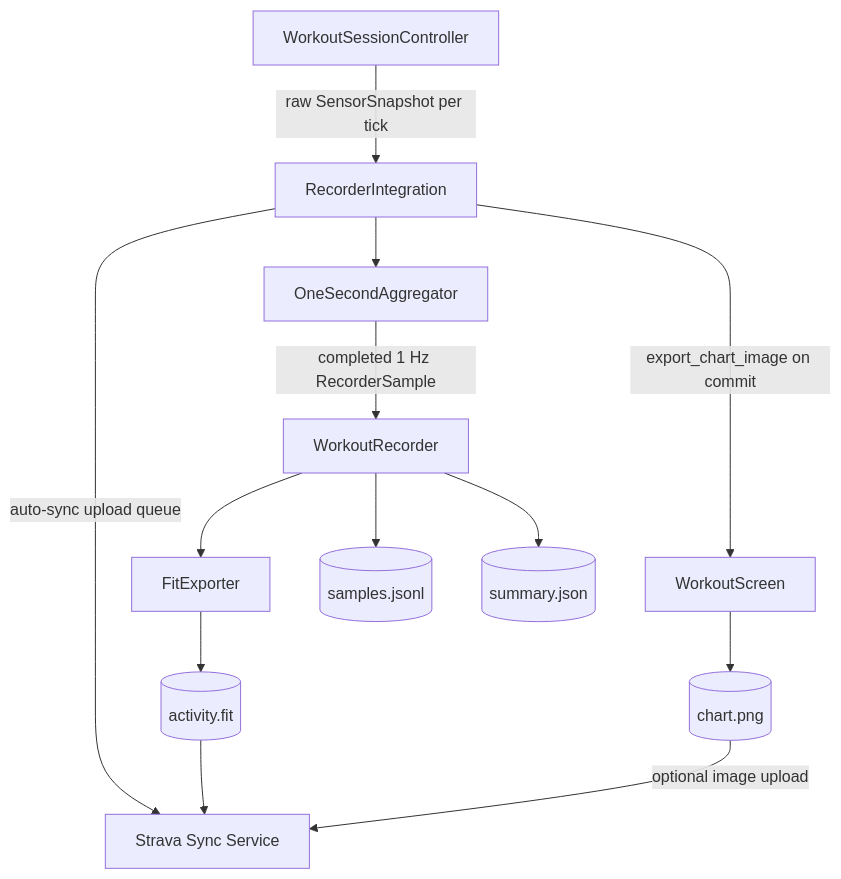
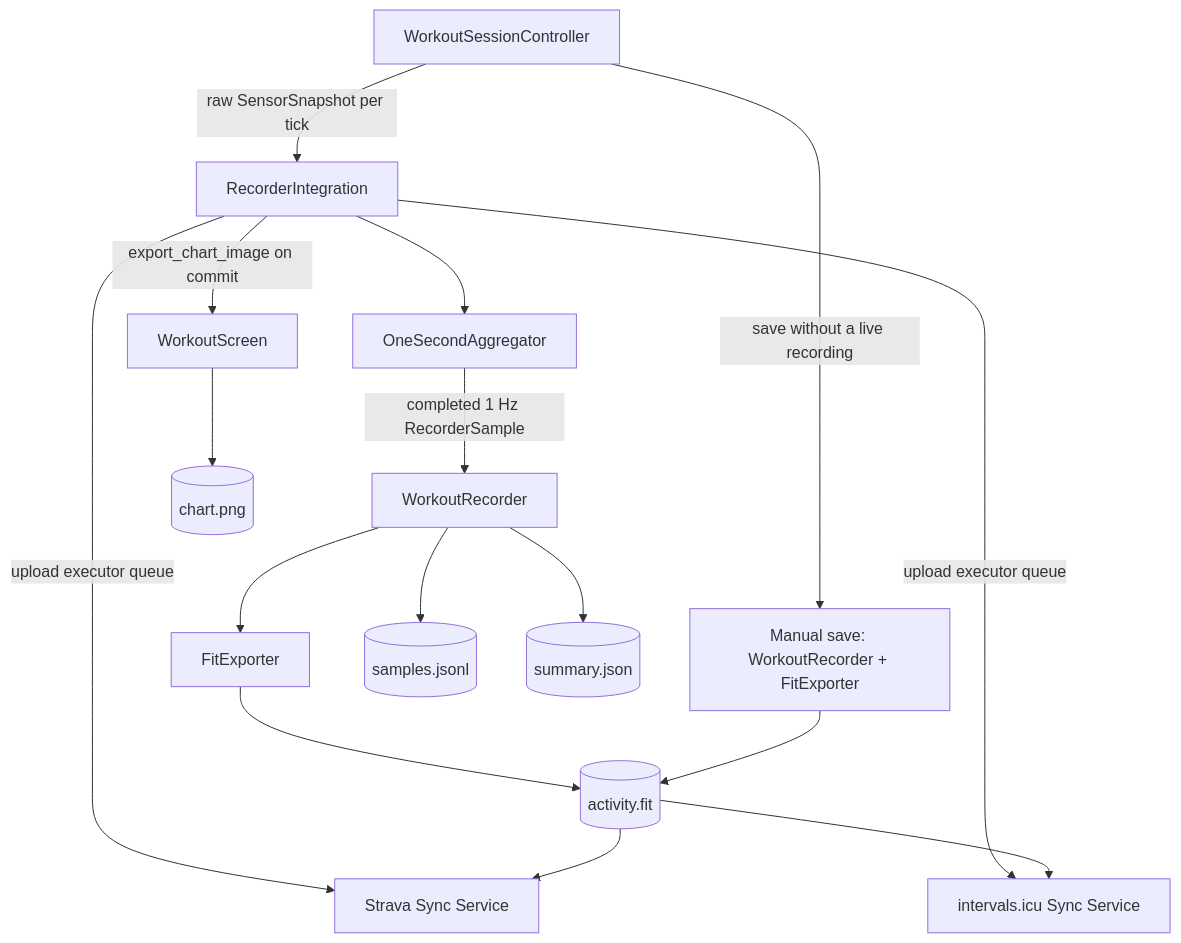
Before and after one commit to tbranyon/OpenCycleTrainer: the third of 6 diagrams in Docs/ArchitectureDiagram.md, drawn with Mermaid. The commit also changed other lines of this file, not shown here.

First line of the commit message:
Bring the architecture diagram up to date

````diff
--- a/Docs/ArchitectureDiagram.md
+++ b/Docs/ArchitectureDiagram.md
@@ -99,28 +99,33 @@
 ```mermaid
 flowchart TD
     controller[WorkoutSessionController]
     rec_integration[RecorderIntegration]
     aggregator[OneSecondAggregator]
     recorder[WorkoutRecorder]
     fit_exporter[FitExporter]
     workout_screen[WorkoutScreen]
     strava[Strava Sync Service]
+    icu[intervals.icu Sync Service]
+    manual_save[Manual save: WorkoutRecorder + FitExporter]
 
     samples[(samples.jsonl)]
     summary[(summary.json)]
     fit[(activity.fit)]
     png[(chart.png)]
 
     controller -->|raw SensorSnapshot per tick| rec_integration
     rec_integration --> aggregator
     aggregator -->|completed 1 Hz RecorderSample| recorder
     recorder --> samples
     recorder --> summary
     recorder --> fit_exporter
     fit_exporter --> fit
     rec_integration -->|export_chart_image on commit| workout_screen
     workout_screen --> png
-    rec_integration -->|auto-sync upload queue| strava
+    rec_integration -->|upload executor queue| strava
+    rec_integration -->|upload executor queue| icu
     fit --> strava
-    png -->|optional image upload| strava
+    fit --> icu
+    controller -->|save without a live recording| manual_save
+    manual_save --> fit
 ```
````
